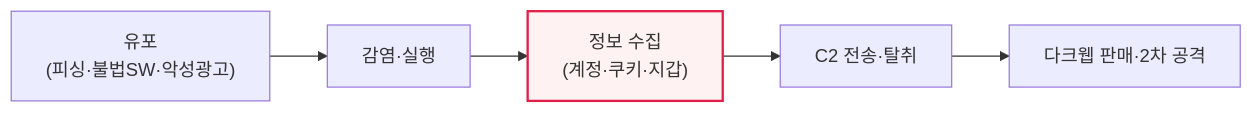
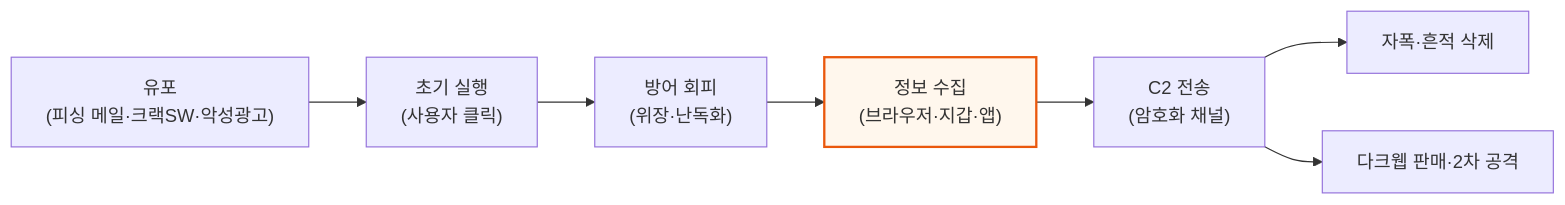
One commit to coninggu/wjdqhrhksflrltnftk changed the second of 2 diagrams in content/infostealer.md. Above: the diagram before and after it, drawn with Mermaid. The commit also changed other lines of this file and 3 other files, not shown here.

````diff
--- a/content/infostealer.md
+++ b/content/infostealer.md
@@ -15,5 +61,10 @@
 ```mermaid
 flowchart LR
-  A["유포<br/>(피싱·불법SW·악성광고)"] --> B[감염·실행] --> C["정보 수집<br/>(계정·쿠키·지갑)"] --> D["C2 전송·탈취"] --> E[다크웹 판매·2차 공격]
-  style C fill:#fef3f2,stroke:#e11d48,stroke-width:2px
+  A["유포<br/>(피싱 메일·크랙SW·악성광고)"] --> B["초기 실행<br/>(사용자 클릭)"]
+  B --> C["방어 회피<br/>(위장·난독화)"]
+  C --> D["정보 수집<br/>(브라우저·지갑·앱)"]
+  D --> E["C2 전송<br/>(암호화 채널)"]
+  E --> F["자폭·흔적 삭제"]
+  E --> G["다크웹 판매·2차 공격"]
+  style D fill:#fff7ed,stroke:#ea580c,stroke-width:2px
 ```
````
